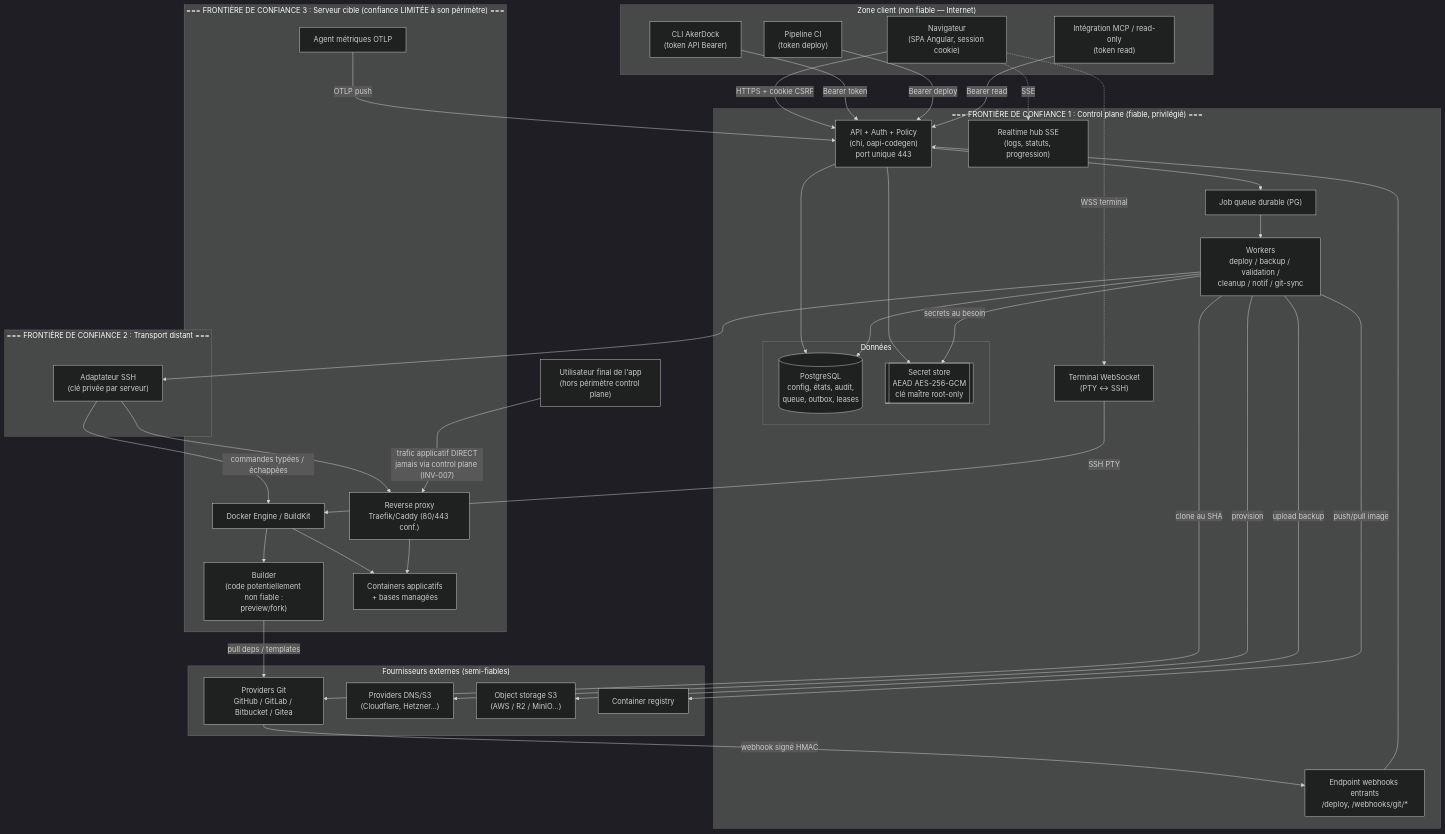
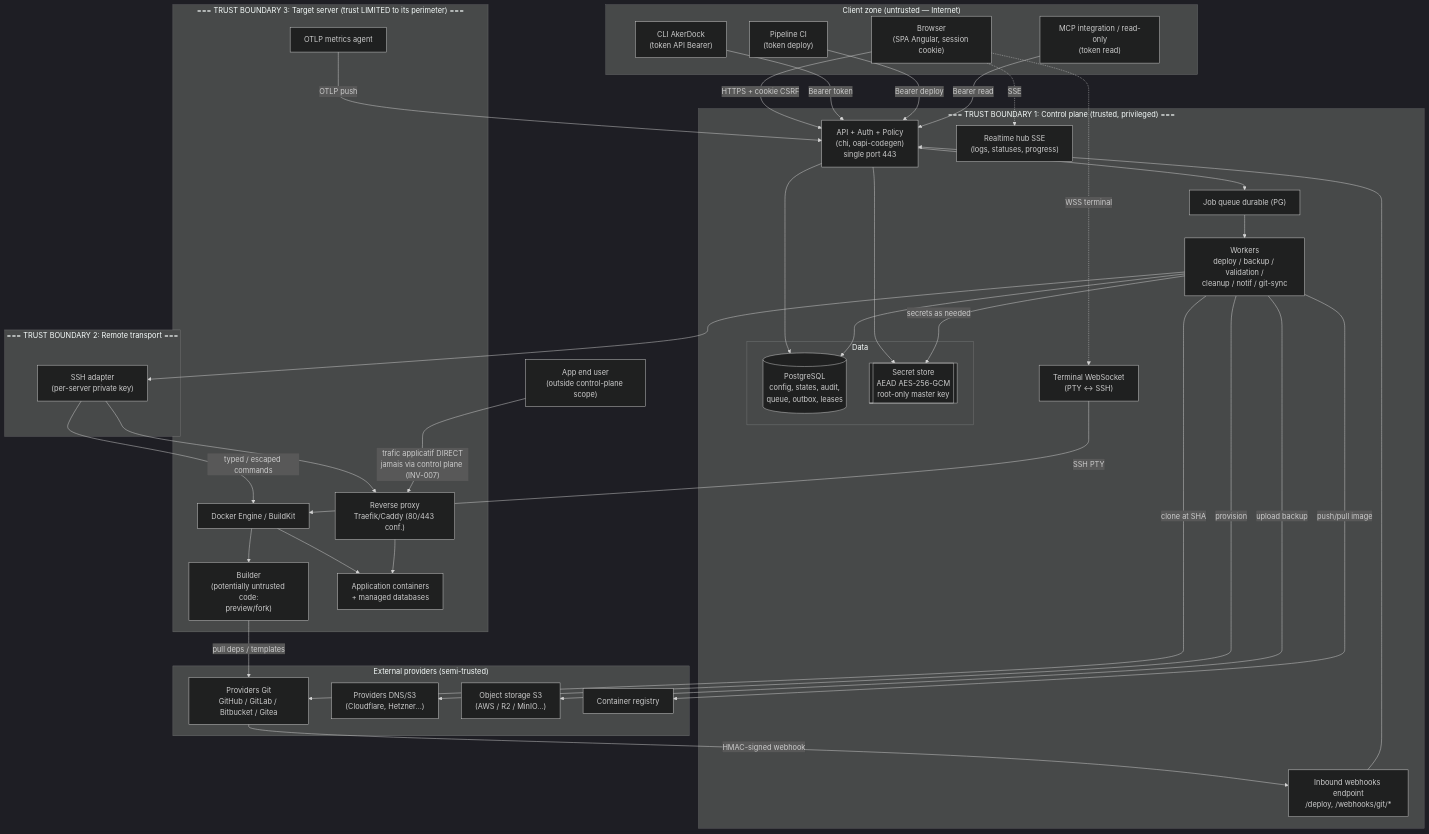
The diagram in docs/specs/threat-model.md (deepteams/akerdock), drawn with Mermaid (dark theme) before and after one commit. The commit also changed other lines of this file and 34 other files, not shown here.

````diff
--- a/docs/specs/threat-model.md
+++ b/docs/specs/threat-model.md
@@ -22,75 +22,75 @@
 ```mermaid
 flowchart TB
-    subgraph ext_clients["Zone client (non fiable — Internet)"]
-        BROWSER["Navigateur<br/>(SPA Angular, session cookie)"]
+    subgraph ext_clients["Client zone (untrusted — Internet)"]
+        BROWSER["Browser<br/>(SPA Angular, session cookie)"]
         CLI["CLI AkerDock<br/>(token API Bearer)"]
         CI["Pipeline CI<br/>(token deploy)"]
-        MCP["Intégration MCP / read-only<br/>(token read)"]
+        MCP["MCP integration / read-only<br/>(token read)"]
     end
 
-    subgraph ext_git["Fournisseurs externes (semi-fiables)"]
+    subgraph ext_git["External providers (semi-trusted)"]
         GIT["Providers Git<br/>GitHub / GitLab / Bitbucket / Gitea"]
         CLOUD["Providers DNS/S3<br/>(Cloudflare, Hetzner…)"]
         S3["Object storage S3<br/>(AWS / R2 / MinIO…)"]
         REG["Container registry"]
     end
 
-    subgraph tb_cp["=== FRONTIÈRE DE CONFIANCE 1 : Control plane (fiable, privilégié) ==="]
-        API["API + Auth + Policy<br/>(chi, oapi-codegen)<br/>port unique 443"]
-        WHIN["Endpoint webhooks entrants<br/>/deploy, /webhooks/git/*"]
-        RT["Realtime hub SSE<br/>(logs, statuts, progression)"]
+    subgraph tb_cp["=== TRUST BOUNDARY 1: Control plane (trusted, privileged) ==="]
+        API["API + Auth + Policy<br/>(chi, oapi-codegen)<br/>single port 443"]
+        WHIN["Inbound webhooks endpoint<br/>/deploy, /webhooks/git/*"]
+        RT["Realtime hub SSE<br/>(logs, statuses, progress)"]
         WSTERM["Terminal WebSocket<br/>(PTY <-> SSH)"]
-        subgraph tb_data["Données"]
-            PG[("PostgreSQL<br/>config, états, audit,<br/>queue, outbox, leases")]
-            SECRETS[["Secret store<br/>AEAD AES-256-GCM<br/>clé maître root-only"]]
+        subgraph tb_data["Data"]
+            PG[("PostgreSQL<br/>config, states, audit,<br/>queue, outbox, leases")]
+            SECRETS[["Secret store<br/>AEAD AES-256-GCM<br/>root-only master key"]]
         end
         QUEUE["Job queue durable (PG)"]
         WORKERS["Workers<br/>deploy / backup / validation /<br/>cleanup / notif / git-sync"]
     end
 
-    subgraph tb_transport["=== FRONTIÈRE DE CONFIANCE 2 : Transport distant ==="]
-        SSH["Adaptateur SSH<br/>(clé privée par serveur)"]
+    subgraph tb_transport["=== TRUST BOUNDARY 2: Remote transport ==="]
+        SSH["SSH adapter<br/>(per-server private key)"]
     end
 
-    subgraph tb_target["=== FRONTIÈRE DE CONFIANCE 3 : Serveur cible (confiance LIMITÉE à son périmètre) ==="]
+    subgraph tb_target["=== TRUST BOUNDARY 3: Target server (trust LIMITED to its perimeter) ==="]
         DOCKER["Docker Engine / BuildKit"]
-        BUILDER["Builder<br/>(code potentiellement non fiable :<br/>preview/fork)"]
+        BUILDER["Builder<br/>(potentially untrusted code:<br/>preview/fork)"]
         PROXY["Reverse proxy<br/>Traefik/Caddy (80/443 conf.)"]
-        SENTINEL["Agent métriques OTLP"]
-        WORKLOAD["Containers applicatifs<br/>+ bases managées"]
+        SENTINEL["OTLP metrics agent"]
+        WORKLOAD["Application containers<br/>+ managed databases"]
     end
 
-    ENDUSER["Utilisateur final de l'app<br/>(hors périmètre control plane)"]
+    ENDUSER["App end user<br/>(outside control-plane scope)"]
 
     BROWSER -->|"HTTPS + cookie CSRF"| API
     CLI -->|"Bearer token"| API
     CI -->|"Bearer deploy"| API
     MCP -->|"Bearer read"| API
     BROWSER -.->|"SSE"| RT
     BROWSER -.->|"WSS terminal"| WSTERM
 
-    GIT -->|"webhook signé HMAC"| WHIN
+    GIT -->|"HMAC-signed webhook"| WHIN
     WHIN --> API
     API --> PG
     API --> SECRETS
     API --> QUEUE
     QUEUE --> WORKERS
     WORKERS --> PG
-    WORKERS -->|"secrets au besoin"| SECRETS
+    WORKERS -->|"secrets as needed"| SECRETS
     WORKERS --> SSH
-    WORKERS -->|"clone au SHA"| GIT
+    WORKERS -->|"clone at SHA"| GIT
     WORKERS -->|"provision"| CLOUD
     WORKERS -->|"upload backup"| S3
     WORKERS -->|"push/pull image"| REG
 
-    SSH -->|"commandes typées / échappées"| DOCKER
+    SSH -->|"typed / escaped commands"| DOCKER
     SSH --> PROXY
     DOCKER --> BUILDER
     BUILDER -->|"pull deps / templates"| GIT
     DOCKER --> WORKLOAD
     SENTINEL -->|"OTLP push"| API
     WSTERM -->|"SSH PTY"| DOCKER
 
     ENDUSER -->|"trafic applicatif DIRECT<br/>jamais via control plane (INV-007)"| PROXY
     PROXY --> WORKLOAD
 ```
````
